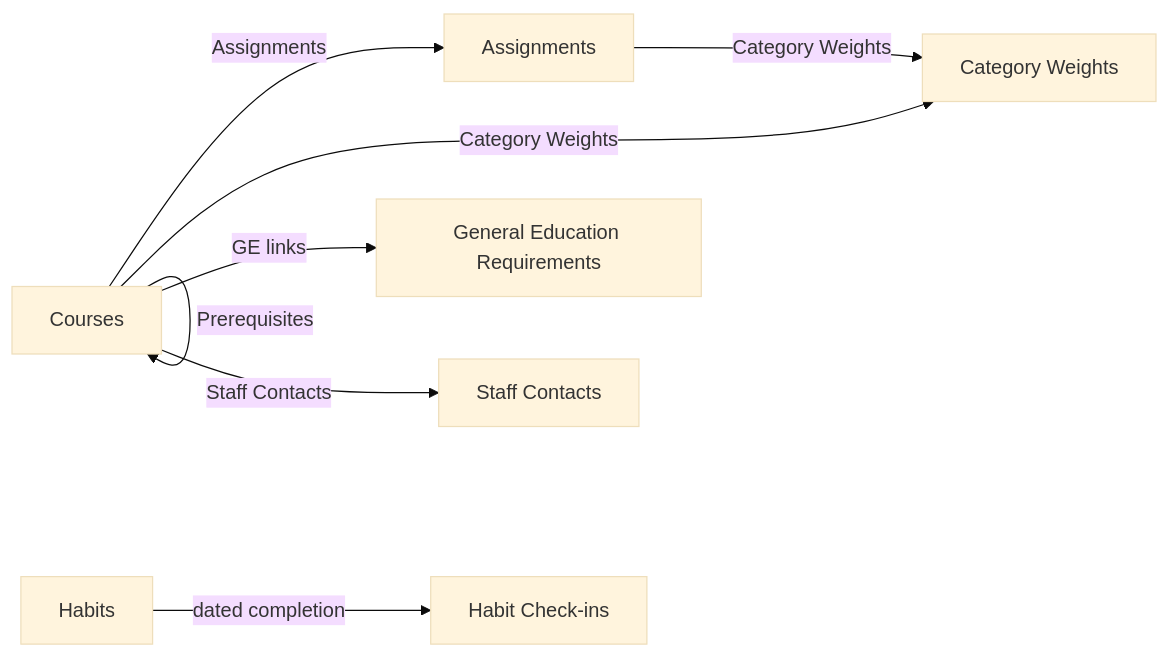
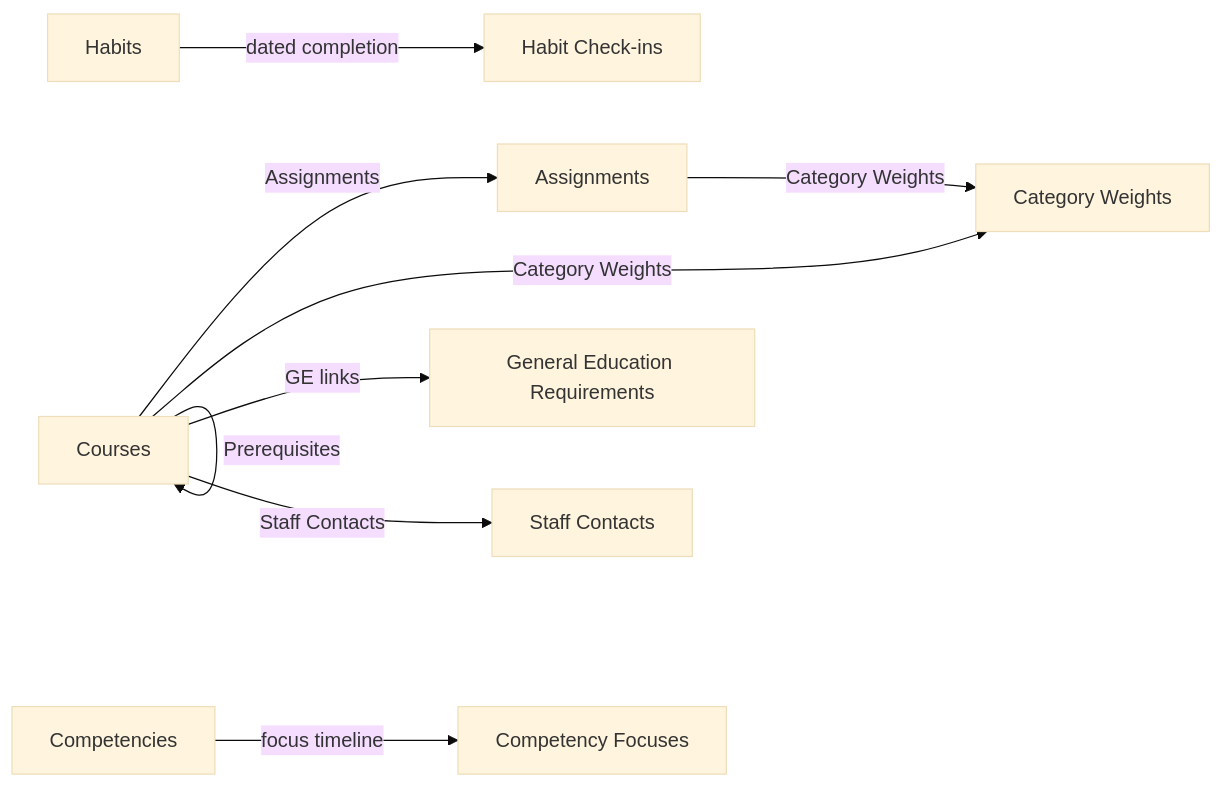
The diagram in docs/airtable-schema.md (Aydinm1/ares), drawn with Mermaid (base theme) before and after one commit. The commit also changed other lines of this file and 25 other files, not shown here.

````diff
--- a/docs/airtable-schema.md
+++ b/docs/airtable-schema.md
@@ -61,10 +67,11 @@
 ```mermaid
 flowchart LR
   Courses -->|Assignments| Assignments
   Courses -->|Category Weights| CategoryWeights[Category Weights]
   Courses -->|GE links| GE[General Education Requirements]
   Courses -->|Staff Contacts| StaffContacts[Staff Contacts]
   Courses -->|Prerequisites| Courses
   Assignments -->|Category Weights| CategoryWeights
   Habits -->|dated completion| HabitCheckIns[Habit Check-ins]
+  Competencies -->|focus timeline| CompetencyFocuses[Competency Focuses]
 ```
````
